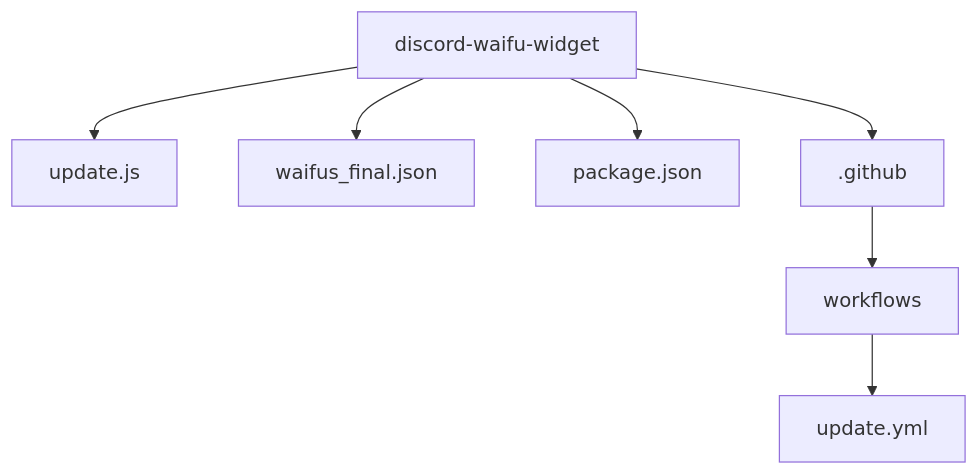
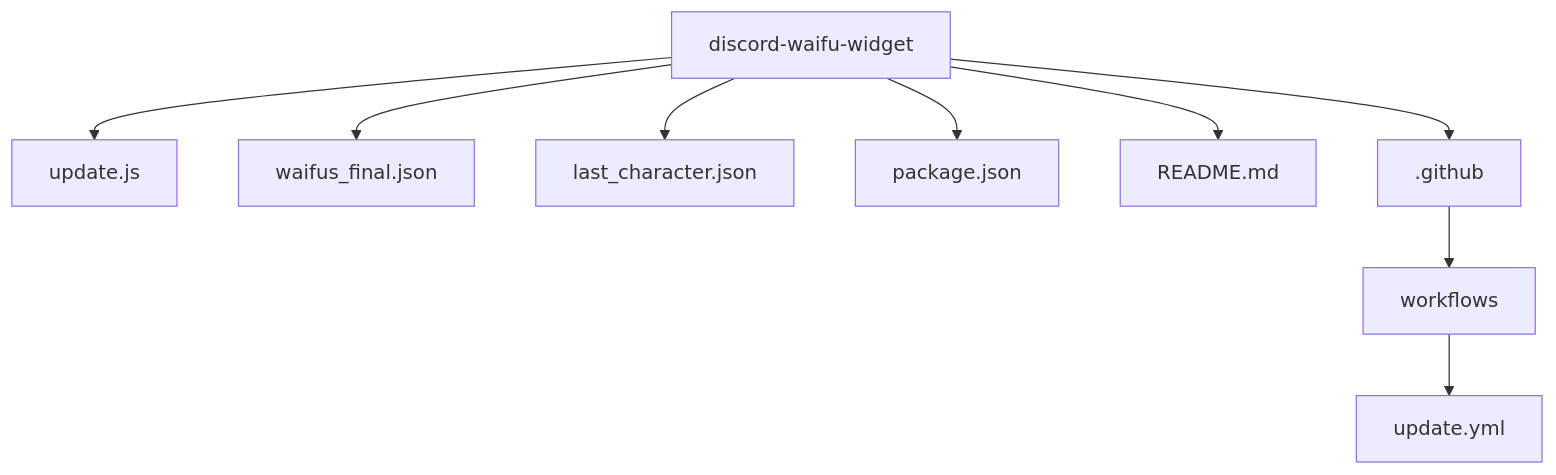
The third of 3 diagrams in README.md (MeYashverma/discord-waifu-widget), drawn with Mermaid before and after one commit. The commit also changed other lines of this file, not shown here.

````diff
--- a/README.md
+++ b/README.md
@@ -332,17 +387,21 @@
 ```mermaid
 graph TD
 
 ROOT[discord-waifu-widget]
 
 ROOT --> A[update.js]
 
 ROOT --> B[waifus_final.json]
 
-ROOT --> C[package.json]
+ROOT --> C[last_character.json]
 
-ROOT --> D[.github]
+ROOT --> D[package.json]
 
-D --> E[workflows]
+ROOT --> E[README.md]
 
-E --> F[update.yml]
+ROOT --> F[.github]
+
+F --> G[workflows]
+
+G --> H[update.yml]
 ```
````
